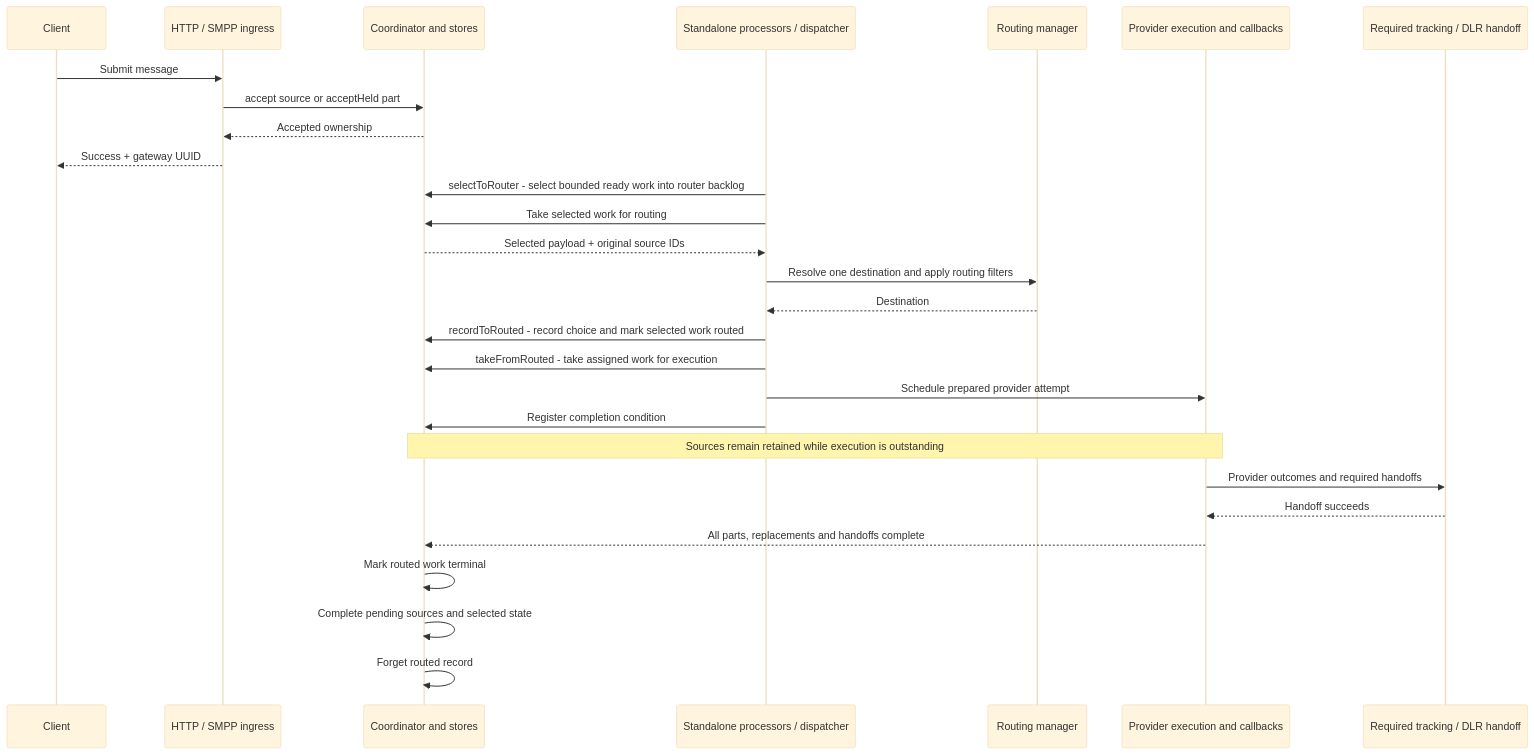
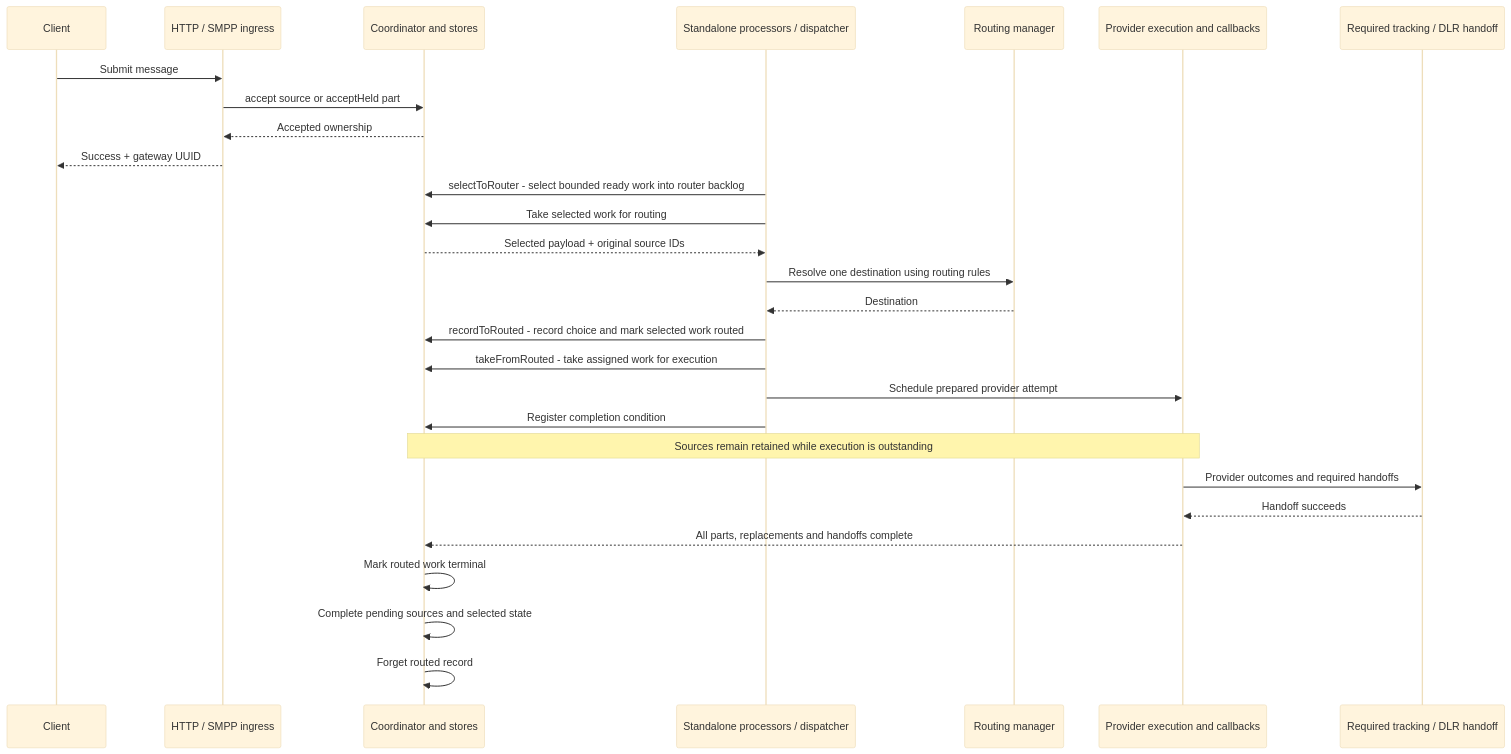
One commit to cytechmobile/sendium changed the second of 4 diagrams in docs/14-outbound-storage.md. Above: the diagram before and after it, drawn with Mermaid (base theme). The commit also changed other lines of this file, not shown here.

Commit message:
docs: clarify outbound storage flow and stage limits

````diff
--- a/docs/14-outbound-storage.md
+++ b/docs/14-outbound-storage.md
@@ -46,30 +91,30 @@
 ```mermaid
 sequenceDiagram
     participant Client
     participant Ingress as HTTP / SMPP ingress
     participant C as Coordinator and stores
     participant D as Standalone processors / dispatcher
     participant R as Routing manager
     participant P as Provider execution and callbacks
     participant H as Required tracking / DLR handoff
     Client->>Ingress: Submit message
     Ingress->>C: accept source or acceptHeld part
     C-->>Ingress: Accepted ownership
     Ingress-->>Client: Success + gateway UUID
     D->>C: selectToRouter - select bounded ready work into router backlog
     D->>C: Take selected work for routing
     C-->>D: Selected payload + original source IDs
-    D->>R: Resolve one destination and apply routing filters
+    D->>R: Resolve one destination using routing rules
     R-->>D: Destination
     D->>C: recordToRouted - record choice and mark selected work routed
     D->>C: takeFromRouted - take assigned work for execution
     D->>P: Schedule prepared provider attempt
     D->>C: Register completion condition
     Note over C,P: Sources remain retained while execution is outstanding
     P->>H: Provider outcomes and required handoffs
     H-->>P: Handoff succeeds
     P-->>C: All parts, replacements and handoffs complete
     C->>C: Mark routed work terminal
     C->>C: Complete pending sources and selected state
     C->>C: Forget routed record
 ```
````
